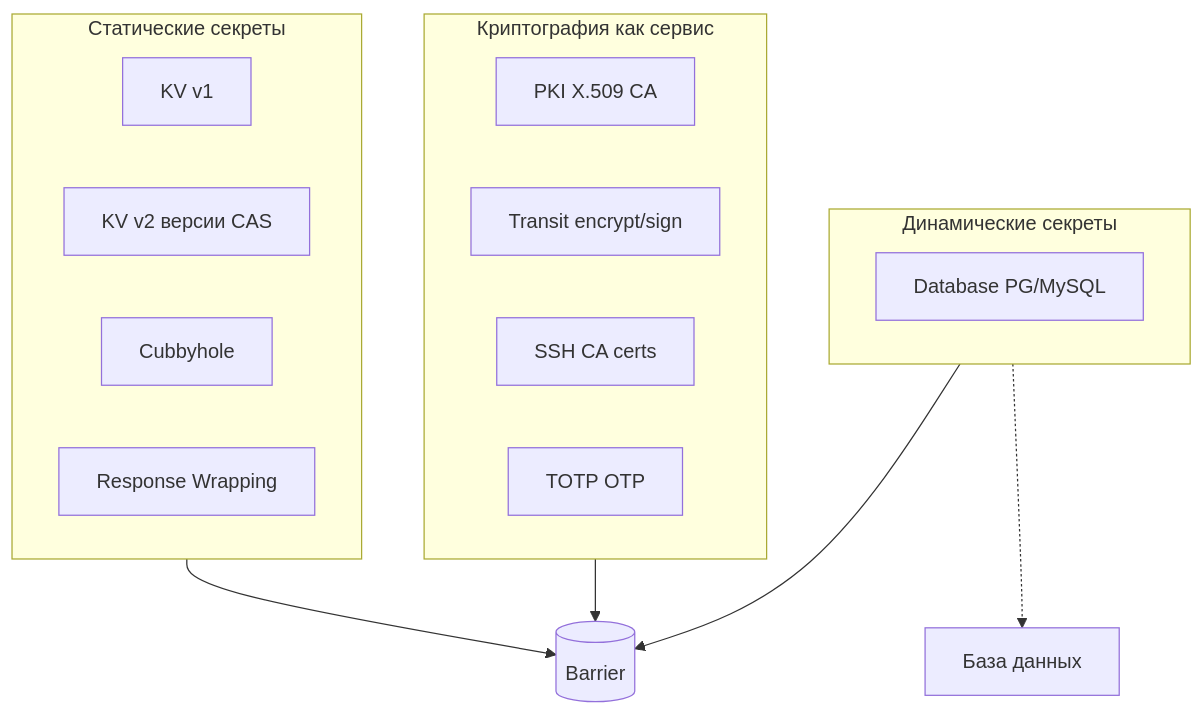
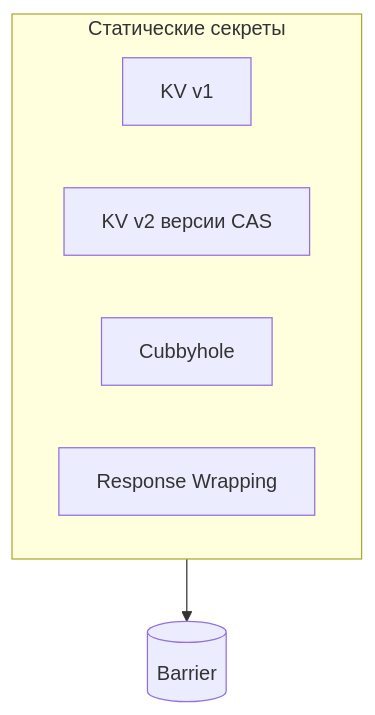
Before and after one commit to NAGenaev/tuck: the sixth of 9 diagrams in docs/02-architecture.md, drawn with Mermaid. The commit also changed other lines of this file and 114 other files, not shown here.

First line of the commit message:
refactor: remove PKI, Transit, SSH, TOTP, Database engines and leases

````diff
--- a/docs/02-architecture.md
+++ b/docs/02-architecture.md
@@ -264,24 +248,11 @@
 ```mermaid
 flowchart TB
     subgraph static["Статические секреты"]
         KV1[KV v1]
         KV2["KV v2 версии CAS"]
         CUB[Cubbyhole]
         WRAP[Response Wrapping]
     end
-    subgraph dyn["Динамические секреты"]
-        DB[Database PG/MySQL]
-    end
-    subgraph cr["Криптография как сервис"]
-        PKI["PKI X.509 CA"]
-        TR["Transit encrypt/sign"]
-        SSH["SSH CA certs"]
-        TOTP["TOTP OTP"]
-    end
     BAR[(Barrier)]
-    EXT["База данных"]
     static --> BAR
-    dyn --> BAR
-    cr --> BAR
-    dyn -.-> EXT
 ```
````
